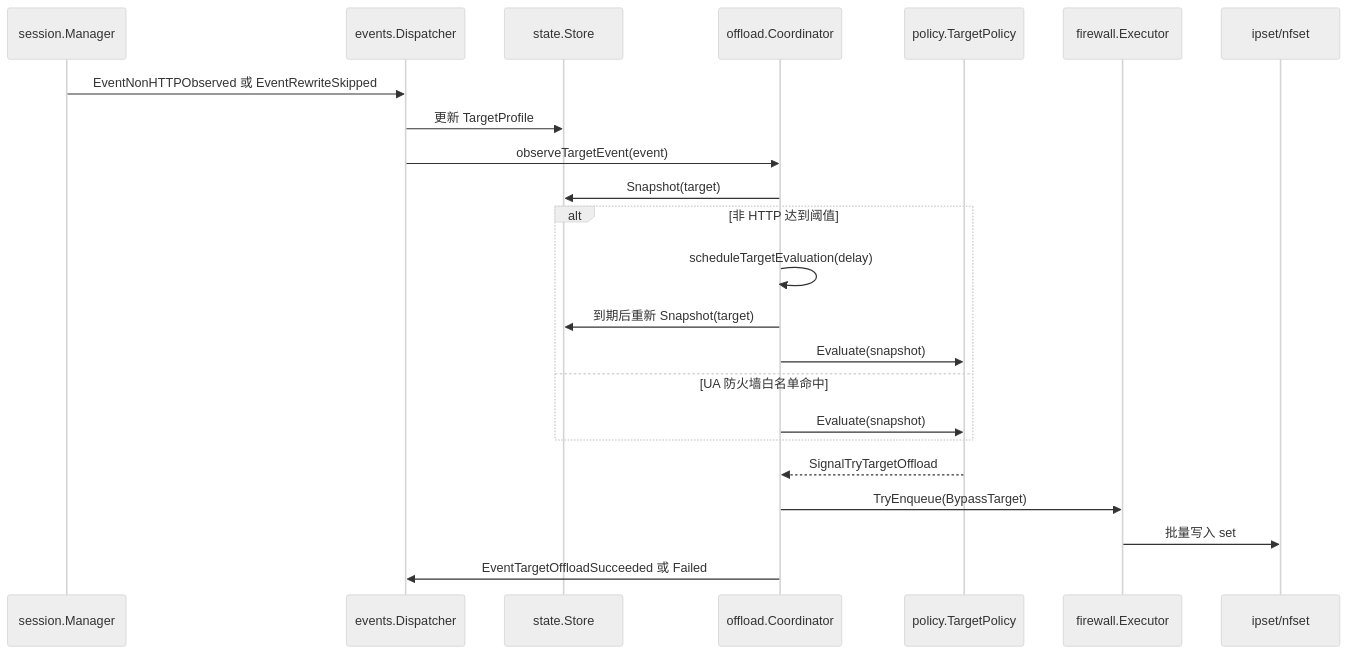
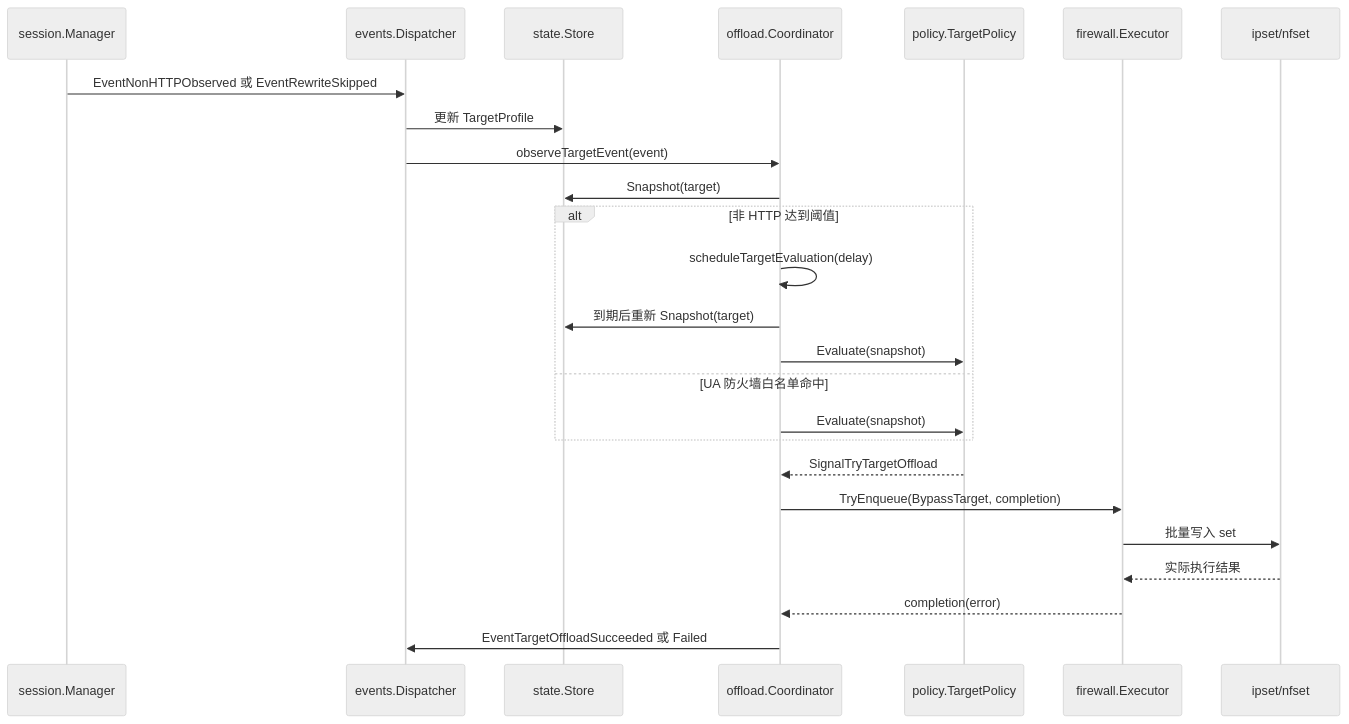
One commit to Zesuy/UA-Mask changed diagram 11 of 15 in docs/architecture.md. Above: the diagram before and after it, drawn with Mermaid (neutral theme). The commit also changed other lines of this file and 12 other files, not shown here.

````diff
--- a/docs/architecture.md
+++ b/docs/architecture.md
@@ -476,28 +478,30 @@
 ```mermaid
 sequenceDiagram
     participant Session as session.Manager
     participant Events as events.Dispatcher
     participant Store as state.Store
     participant Coord as offload.Coordinator
     participant Policy as policy.TargetPolicy
     participant Executor as firewall.Executor
     participant FW as ipset/nfset
 
     Session->>Events: EventNonHTTPObserved 或 EventRewriteSkipped
     Events->>Store: 更新 TargetProfile
     Events->>Coord: observeTargetEvent(event)
     Coord->>Store: Snapshot(target)
 
     alt 非 HTTP 达到阈值
         Coord->>Coord: scheduleTargetEvaluation(delay)
         Coord->>Store: 到期后重新 Snapshot(target)
         Coord->>Policy: Evaluate(snapshot)
     else UA 防火墙白名单命中
         Coord->>Policy: Evaluate(snapshot)
     end
 
     Policy-->>Coord: SignalTryTargetOffload
-    Coord->>Executor: TryEnqueue(BypassTarget)
+    Coord->>Executor: TryEnqueue(BypassTarget, completion)
     Executor->>FW: 批量写入 set
+    FW-->>Executor: 实际执行结果
+    Executor-->>Coord: completion(error)
     Coord->>Events: EventTargetOffloadSucceeded 或 Failed
 ```
````
